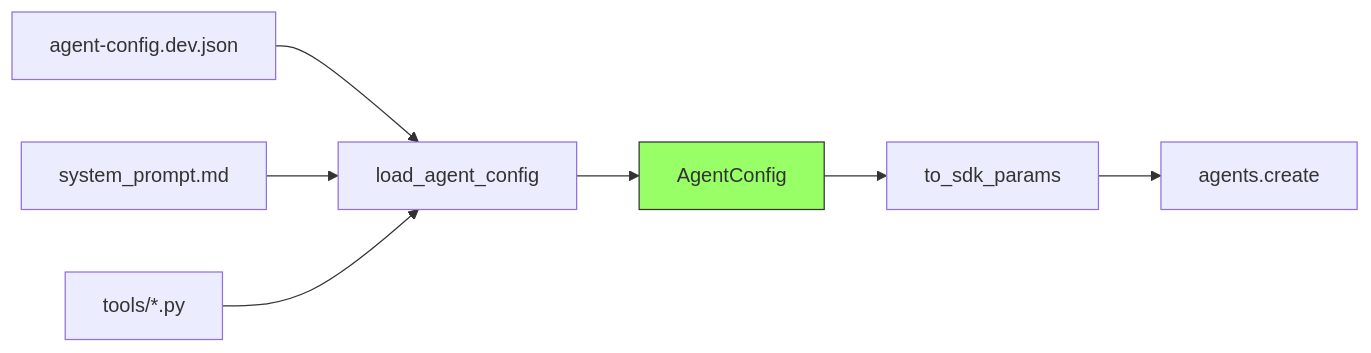
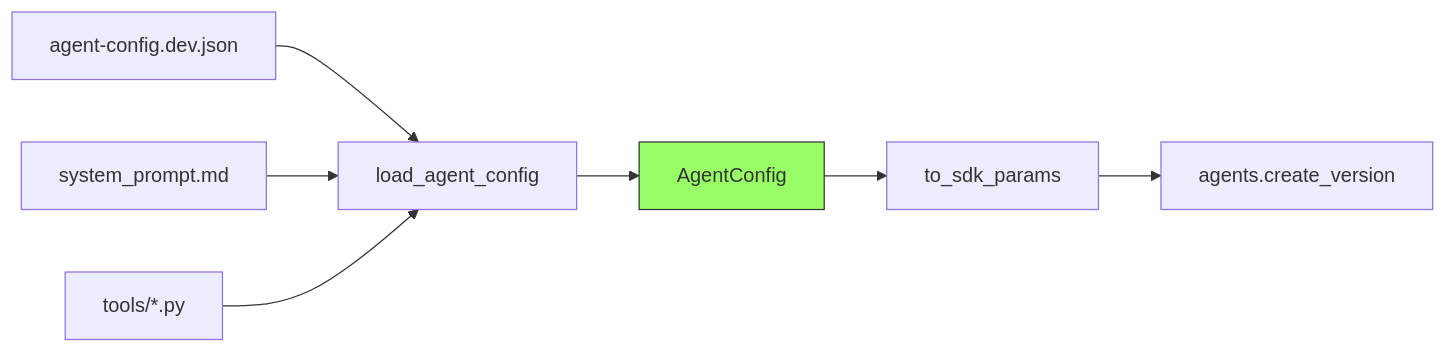
Before and after one commit to ericchansen/foundry-agents-lifecycle: the diagram in docs-site/concepts/agent-definition.md, drawn with Mermaid. The commit also changed other lines of this file and 4 other files, not shown here.

First line of the commit message:
docs: Sweep remaining create() refs to create_version()

````diff
--- a/docs-site/concepts/agent-definition.md
+++ b/docs-site/concepts/agent-definition.md
@@ -56,10 +56,10 @@
 ```mermaid
 graph LR
     A[agent-config.dev.json] --> B[load_agent_config]
     C[system_prompt.md] --> B
     D[tools/*.py] --> B
     B --> E[AgentConfig]
     E --> F[to_sdk_params]
-    F --> G[agents.create]
+    F --> G[agents.create_version]
     style E fill:#9f6,stroke:#333
 ```
````
